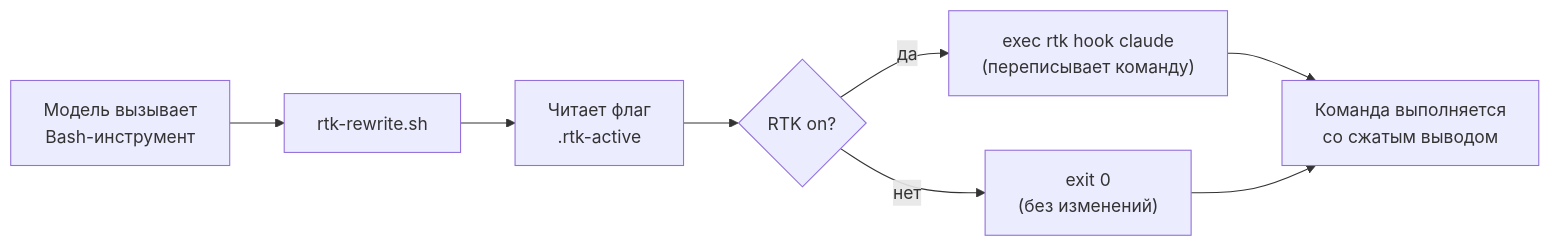
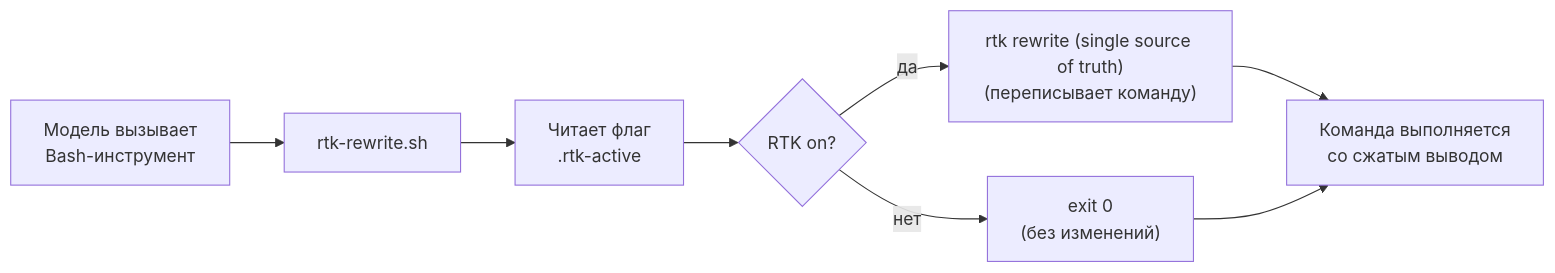
Before and after one commit to MFGod/agents-config: the third of 10 diagrams in FLOW.md, drawn with Mermaid. The commit also changed other lines of this file and 8 other files, not shown here.

````diff
--- a/FLOW.md
+++ b/FLOW.md
@@ -63,10 +63,10 @@
 ```mermaid
 flowchart LR
     A["Модель вызывает\nBash-инструмент"] --> B["rtk-rewrite.sh"]
     B --> C["Читает флаг\n.rtk-active"]
     C --> D{RTK on?}
-    D -- да --> E["exec rtk hook claude\n(переписывает команду)"]
+    D -- да --> E["rtk rewrite (single source of truth)\n(переписывает команду)"]
     D -- нет --> F["exit 0\n(без изменений)"]
     E --> G["Команда выполняется\nсо сжатым выводом"]
     F --> G
 ```
````
